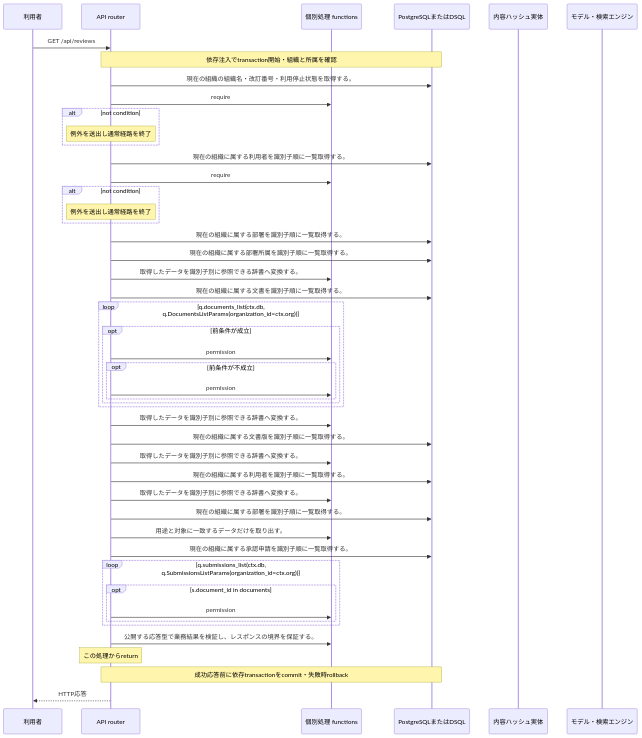
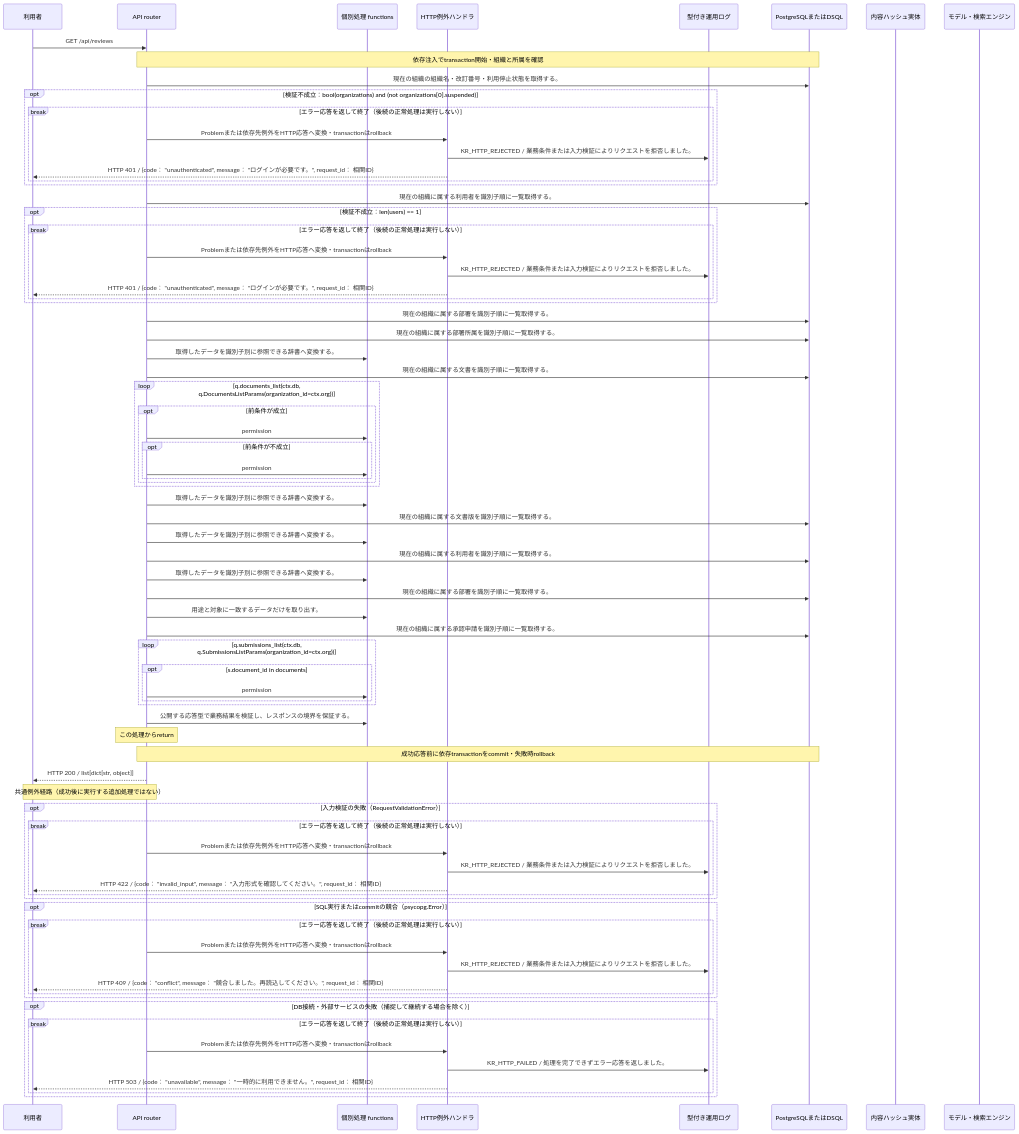
One commit to tsuji-tomonori/KotoRelay changed the diagram in docs/design/generated/api/reviews/list_reviews/sequence.md. Above: the diagram before and after it, drawn with Mermaid. The commit also changed other lines of this file and 226 other files, not shown here.

````diff
--- a/docs/design/generated/api/reviews/list_reviews/sequence.md
+++ b/docs/design/generated/api/reviews/list_reviews/sequence.md
@@ -7,50 +7,80 @@
 ```mermaid
 sequenceDiagram
     participant U as 利用者
     participant A as API router
     participant F as 個別処理 functions
+    participant E as HTTP例外ハンドラ
+    participant L as 型付き運用ログ
     participant D as PostgreSQLまたはDSQL
     participant S as 内容ハッシュ実体
     participant M as モデル・検索エンジン
     U->>A: GET /api/reviews
     Note over A,D: 依存注入でtransaction開始・組織と所属を確認
     A->>D: 現在の組織の組織名・改訂番号・利用停止状態を取得する。
-    A->>F: require
-    alt not condition
-    Note over A: 例外を送出し通常経路を終了
+    opt 検証不成立：bool(organizations) and (not organizations[0].suspended)
+    break エラー応答を返して終了（後続の正常処理は実行しない）
+    A->>E: Problemまたは依存先例外をHTTP応答へ変換・transactionはrollback
+    E->>L: KR_HTTP_REJECTED / 業務条件または入力検証によりリクエストを拒否しました。
+    E-->>U: HTTP 401 / {code： "unauthenticated", message： "ログインが必要です。", request_id： 相関ID}
+    end
     end
     A->>D: 現在の組織に属する利用者を識別子順に一覧取得する。
-    A->>F: require
-    alt not condition
-    Note over A: 例外を送出し通常経路を終了
+    opt 検証不成立：len(users) == 1
+    break エラー応答を返して終了（後続の正常処理は実行しない）
+    A->>E: Problemまたは依存先例外をHTTP応答へ変換・transactionはrollback
+    E->>L: KR_HTTP_REJECTED / 業務条件または入力検証によりリクエストを拒否しました。
+    E-->>U: HTTP 401 / {code： "unauthenticated", message： "ログインが必要です。", request_id： 相関ID}
+    end
     end
     A->>D: 現在の組織に属する部署を識別子順に一覧取得する。
     A->>D: 現在の組織に属する部署所属を識別子順に一覧取得する。
     A->>F: 取得したデータを識別子別に参照できる辞書へ変換する。
     A->>D: 現在の組織に属する文書を識別子順に一覧取得する。
     loop q.documents_list(ctx.db, q.DocumentsListParams(organization_id=ctx.org))
     opt 前条件が成立
     A->>F: permission
     opt 前条件が不成立
     A->>F: permission
     end
     end
     end
     A->>F: 取得したデータを識別子別に参照できる辞書へ変換する。
     A->>D: 現在の組織に属する文書版を識別子順に一覧取得する。
     A->>F: 取得したデータを識別子別に参照できる辞書へ変換する。
     A->>D: 現在の組織に属する利用者を識別子順に一覧取得する。
     A->>F: 取得したデータを識別子別に参照できる辞書へ変換する。
     A->>D: 現在の組織に属する部署を識別子順に一覧取得する。
     A->>F: 用途と対象に一致するデータだけを取り出す。
     A->>D: 現在の組織に属する承認申請を識別子順に一覧取得する。
     loop q.submissions_list(ctx.db, q.SubmissionsListParams(organization_id=ctx.org))
     opt s.document_id in documents
     A->>F: permission
     end
     end
     A->>F: 公開する応答型で業務結果を検証し、レスポンスの境界を保証する。
     Note over A: この処理からreturn
     Note over A,D: 成功応答前に依存transactionをcommit・失敗時rollback
-    A-->>U: HTTP応答
+    A-->>U: HTTP 200 / list[dict[str, object]]
+    Note over A,U: 共通例外経路（成功後に実行する追加処理ではない）
+    opt 入力検証の失敗（RequestValidationError）
+    break エラー応答を返して終了（後続の正常処理は実行しない）
+    A->>E: Problemまたは依存先例外をHTTP応答へ変換・transactionはrollback
+    E->>L: KR_HTTP_REJECTED / 業務条件または入力検証によりリクエストを拒否しました。
+    E-->>U: HTTP 422 / {code： "invalid_input", message： "入力形式を確認してください。", request_id： 相関ID}
+    end
+    end
+    opt SQL実行またはcommitの競合（psycopg.Error）
+    break エラー応答を返して終了（後続の正常処理は実行しない）
+    A->>E: Problemまたは依存先例外をHTTP応答へ変換・transactionはrollback
+    E->>L: KR_HTTP_REJECTED / 業務条件または入力検証によりリクエストを拒否しました。
+    E-->>U: HTTP 409 / {code： "conflict", message： "競合しました。再読込してください。", request_id： 相関ID}
+    end
+    end
+    opt DB接続・外部サービスの失敗（捕捉して継続する場合を除く）
+    break エラー応答を返して終了（後続の正常処理は実行しない）
+    A->>E: Problemまたは依存先例外をHTTP応答へ変換・transactionはrollback
+    E->>L: KR_HTTP_FAILED / 処理を完了できずエラー応答を返しました。
+    E-->>U: HTTP 503 / {code： "unavailable", message： "一時的に利用できません。", request_id： 相関ID}
+    end
+    end
 ```
````
